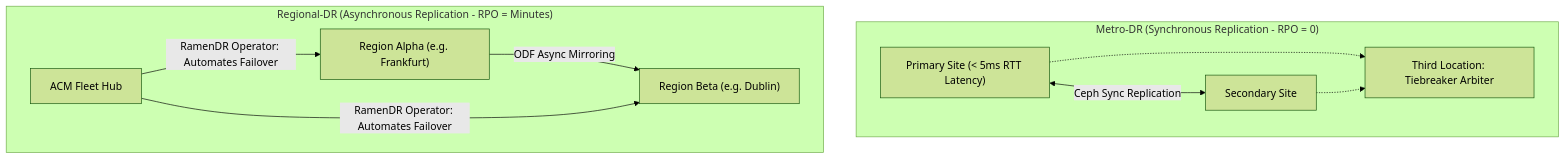
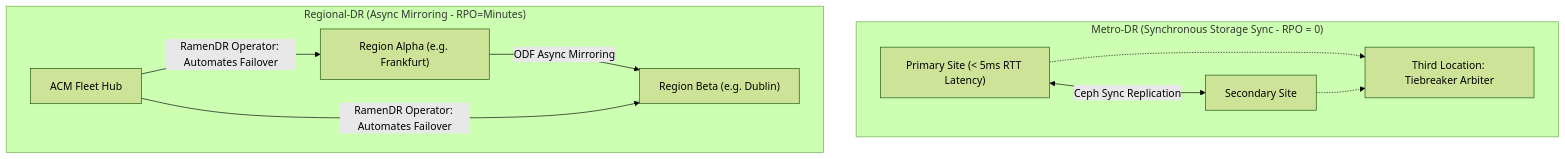
Before and after one commit to nubenetes/openshift-4-20-installation-day0-day2: the diagram in docs/08-backup-dr-and-rebuild/03-metro-dr-and-regional-dr.md, drawn with Mermaid (forest theme). The commit also changed 5 other files, not shown here.

Commit message:
style: optimize Mermaid decision tree and diagram node formatting across docs

````diff
--- a/docs/08-backup-dr-and-rebuild/03-metro-dr-and-regional-dr.md
+++ b/docs/08-backup-dr-and-rebuild/03-metro-dr-and-regional-dr.md
@@ -9,15 +9,15 @@
 ```mermaid
 flowchart TD
-    subgraph MetroDR["Metro-DR (Synchronous Replication - RPO = 0)"]
+    subgraph MetroDR[" Metro-DR (Synchronous Storage Sync - RPO = 0) "]
         SiteA["Primary Site (< 5ms RTT Latency)"] <-->|Ceph Sync Replication| SiteB["Secondary Site"]
         Arbiter["Third Location: Tiebreaker Arbiter"]
         SiteA -.-> Arbiter
         SiteB -.-> Arbiter
     end
 
-    subgraph RegionalDR["Regional-DR (Asynchronous Replication - RPO = Minutes)"]
+    subgraph RegionalDR[" Regional-DR (Async Mirroring - RPO=Minutes) "]
         PrimaryRegion["Region Alpha (e.g. Frankfurt)"] -->|ODF Async Mirroring| DRRegion["Region Beta (e.g. Dublin)"]
         ACMHub["ACM Fleet Hub"] -->|RamenDR Operator: Automates Failover| PrimaryRegion
         ACMHub -->|RamenDR Operator: Automates Failover| DRRegion
     end
 ```
````
